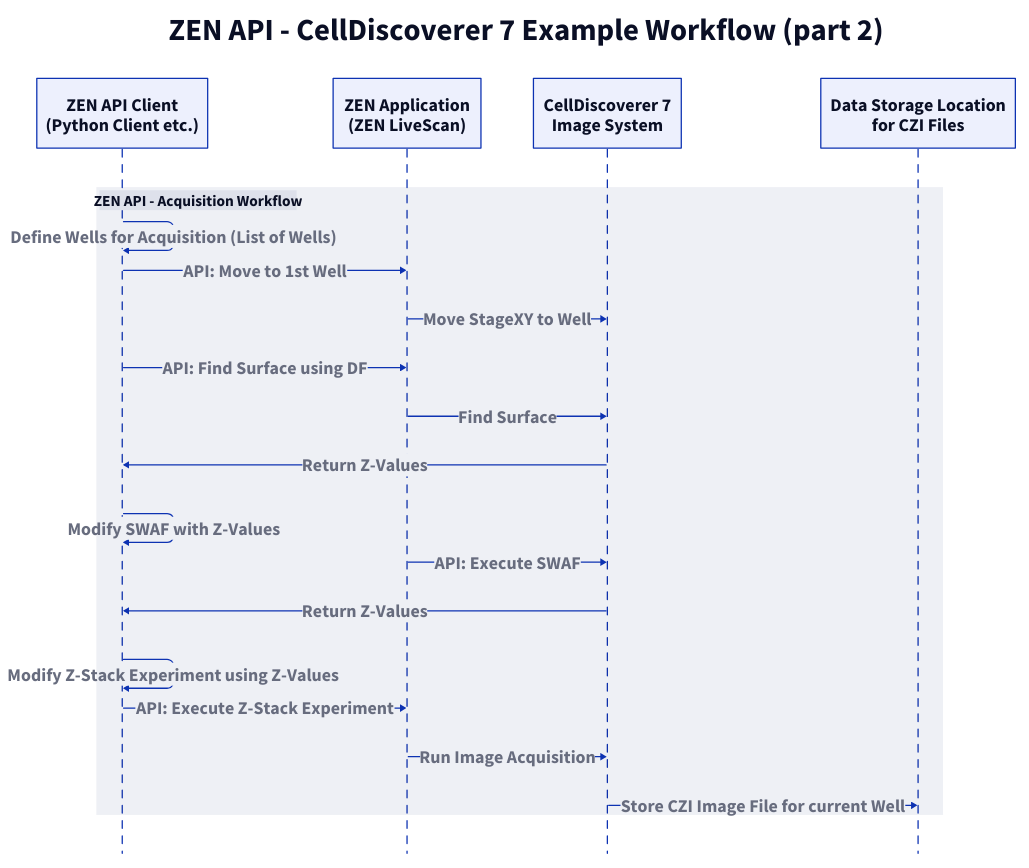
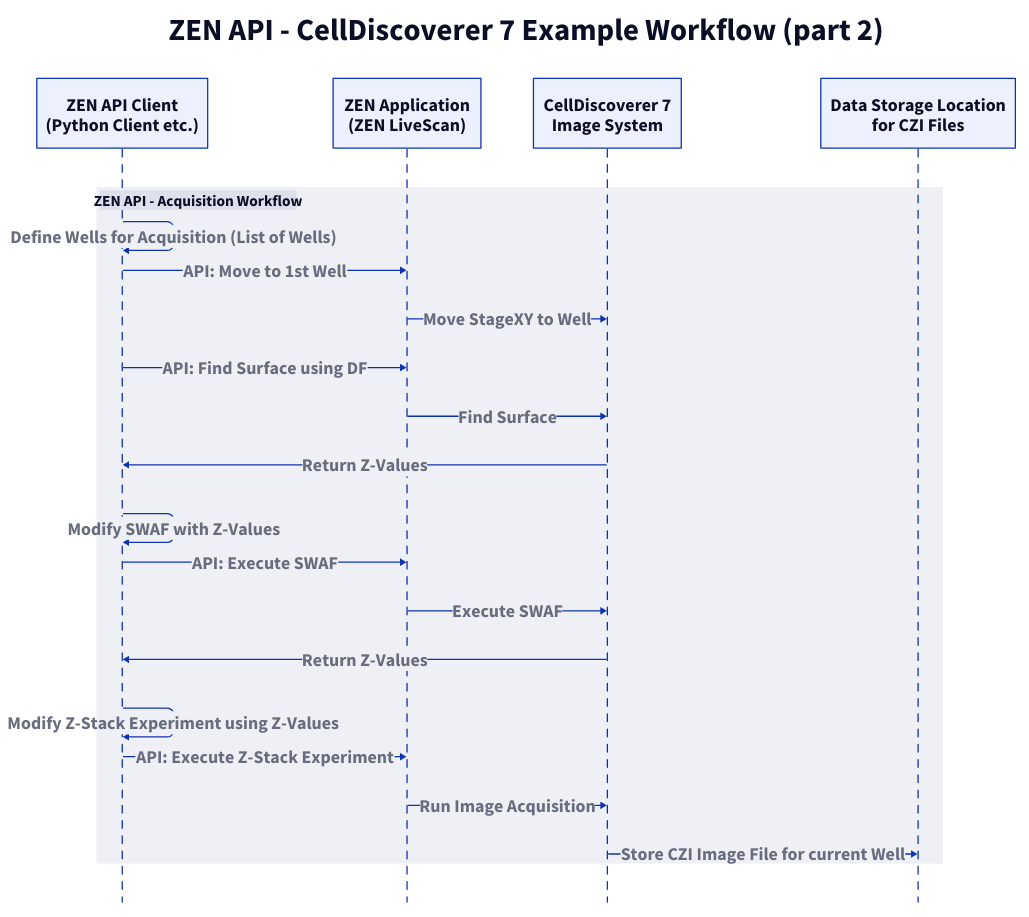
The diagram in ZEN-API/images/zenapi_cd7_example_workflow2.d2 (zeiss-microscopy/OAD), drawn with D2 before and after one commit. The commit also changed 7 other files, not shown here.

```diff
--- a/ZEN-API/images/zenapi_cd7_example_workflow2.d2
+++ b/ZEN-API/images/zenapi_cd7_example_workflow2.d2
@@ -1,49 +1,50 @@
 # define styles and variables for the diagram
 vars: {
     arrow_style: {
         bold: true
         font-size: 20
     }
         interaction_style: {
         bold: true
         font-size: 24
     }
     participant_style: {
         bold: true
         font-size: 28
     }
 
 }
 
 ZEN API - CellDiscoverer 7 Example Workflow (part 2){
 
 # define the type of diagram
     shape: sequence_diagram
 
     ZC: ZEN API Client\n(Python Client etc.) {style: ${participant_style}}
     ZEN: ZEN Application\n(ZEN LiveScan) {style: ${participant_style}}
     CD7: CellDiscoverer 7\nImage System {style: ${participant_style}}
     HD: Data Storage Location\nfor CZI Files {style: ${participant_style}}
 
     ZEN API - Acquisition Workflow : {
         
         ZC -> ZC: Define Wells for Acquisition (List of Wells){style: ${participant_style}}
         ZC -> ZEN: API: Move to 1st Well {style: ${participant_style}}
         ZEN -> CD7: Move StageXY to Well {style: ${participant_style}}
         ZC -> ZEN: API: Find Surface using DF {style: ${participant_style}}
         ZEN -> CD7: Find Surface {style: ${participant_style}}
         CD7 -> ZC: Return Z-Values {style: ${participant_style}}
         ZC -> ZC: Modify SWAF with Z-Values {style: ${participant_style}}
-        ZEN -> CD7: API: Execute SWAF {style: ${participant_style}}
+        ZC -> ZEN: API: Execute SWAF {style: ${participant_style}}
+        ZEN -> CD7: Execute SWAF {style: ${participant_style}}
         CD7 -> ZC: Return Z-Values {style: ${participant_style}}
         ZC -> ZC: Modify Z-Stack Experiment using Z-Values {style: ${participant_style}}
         ZC -> ZEN: API: Execute Z-Stack Experiment {style: ${participant_style}}
         ZEN -> CD7: Run Image Acquisition {style: ${participant_style}}
         CD7 -> HD: Store CZI Image File for current Well {style: ${participant_style}}
         style: ${interaction_style}
     }
 
     # the the heading
     style.font-size: 48
     style.bold: true
 }
```
